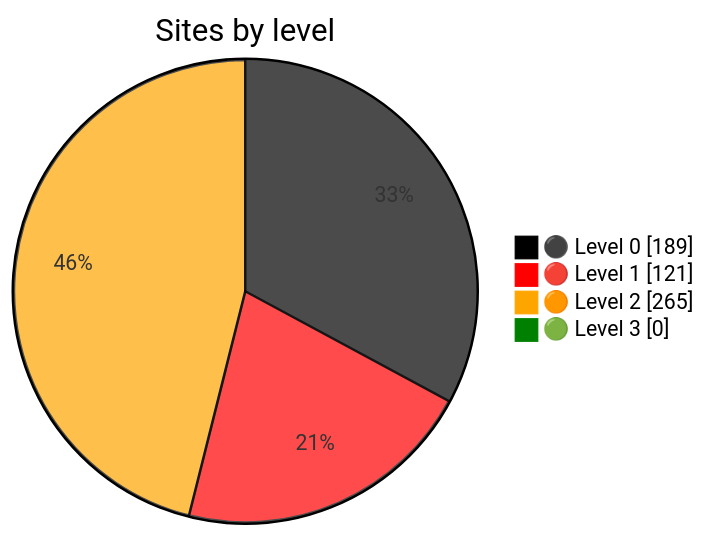
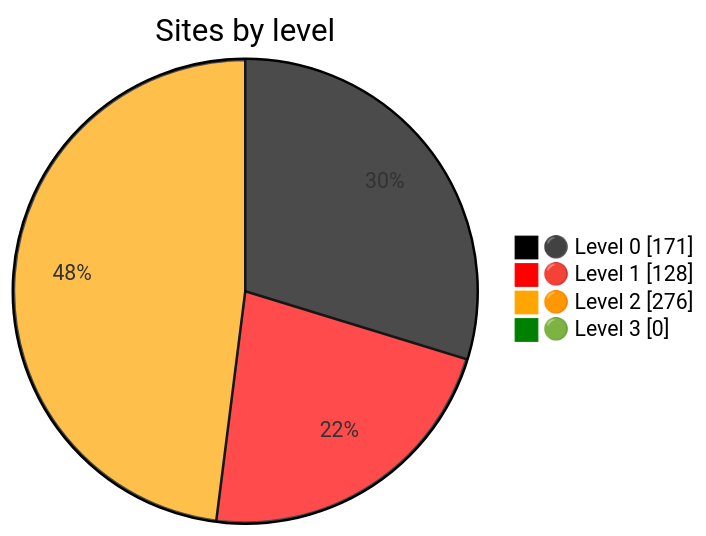
One commit to nuuuwan/gov_lk_web_auditor changed the diagram in README.md. Above: the diagram before and after it, drawn with Mermaid. The commit also changed other lines of this file and 2637 other files, not shown here.

````diff
--- a/README.md
+++ b/README.md
@@ -24,9 +24,9 @@
 ```mermaid
 %%{init: {"themeVariables":{"pie1":"black","pie2":"red","pie3":"orange","pie4":"green"}}}%%
 pie showData
     title Sites by level
-    "⚫ Level 0" : 189
-    "🔴 Level 1" : 121
-    "🟠 Level 2" : 265
+    "⚫ Level 0" : 171
+    "🔴 Level 1" : 128
+    "🟠 Level 2" : 276
     "🟢 Level 3" : 0
 ```
````
